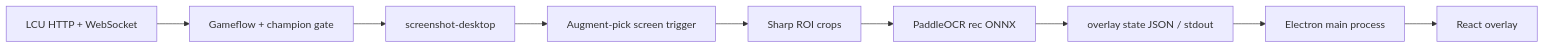
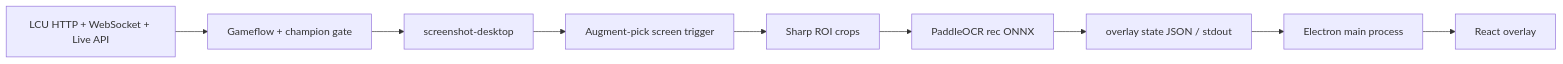
The second of 2 diagrams in docs/architecture.md (xzq-xu/open-hex-assistant), drawn with Mermaid before and after one commit. The commit also changed other lines of this file and 10 other files, not shown here.

````diff
--- a/docs/architecture.md
+++ b/docs/architecture.md
@@ -61,11 +61,11 @@
 ```mermaid
 flowchart LR
-  LCU["LCU HTTP + WebSocket"] --> Game["Gameflow + champion gate"]
+  LCU["LCU HTTP + WebSocket + Live API"] --> Game["Gameflow + champion gate"]
   Game --> Capture["screenshot-desktop"]
   Capture --> Trigger["Augment-pick screen trigger"]
   Trigger --> Crop["Sharp ROI crops"]
   Crop --> Rec["PaddleOCR rec ONNX"]
   Rec --> Json["overlay state JSON / stdout"]
   Json --> Electron["Electron main process"]
   Electron --> Overlay["React overlay"]
 ```
````
